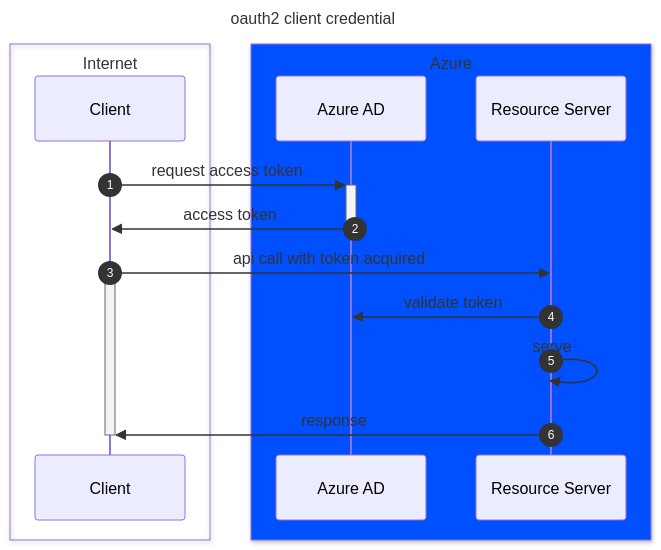
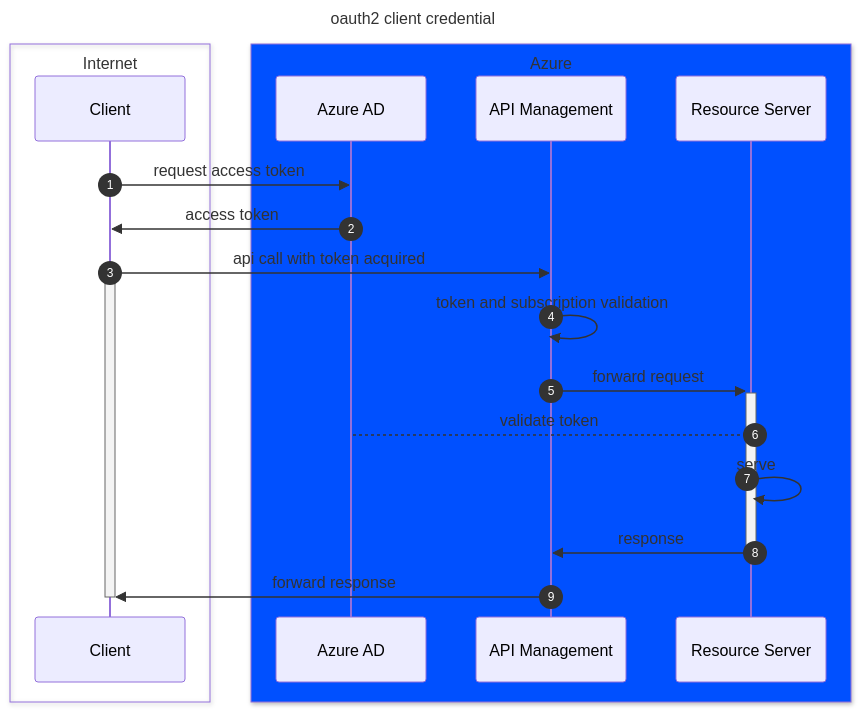
The diagram in README.md (antoniocaccamo/labs-apim), drawn with Mermaid before and after one commit.

````diff
--- a/README.md
+++ b/README.md
@@ -5,23 +5,26 @@
 ```mermaid
 sequenceDiagram
     title oauth2 client credential 
     box Internet 
     participant C as Client
     end
     box rgb(0, 80, 255) Azure
     participant AAD as Azure AD
+    participant A as API Management 
     participant R as Resource Server
     end
 
     autonumber
-    C ->>+AAD: request access token
-    AAD ->>- C: access token
-   
+    C ->> AAD: request access token
+    AAD ->> C: access token    
+    C  ->> A: api call with token acquired    
+    activate C
+    A ->> A: token and subscription validation
+    A ->> +R: forward request 
+    R --> AAD:  validate token
+    R ->> R: serve
+    R ->> -A: response
+    A ->> C: forward  response
+    deactivate C
     
-    C ->> R: api call with token acquired
-    activate C
-    R ->> AAD:  validate token
-    R ->> R: serve
-    R ->> C: response
-    deactivate C
 ```
````
